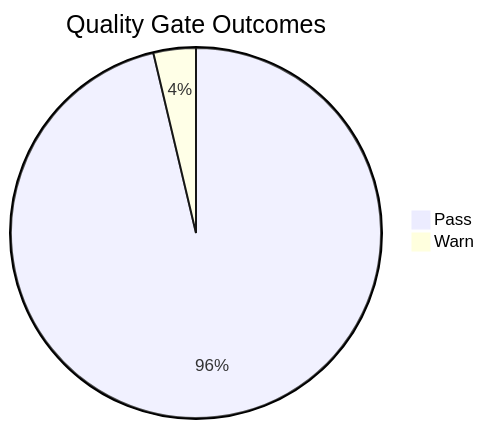
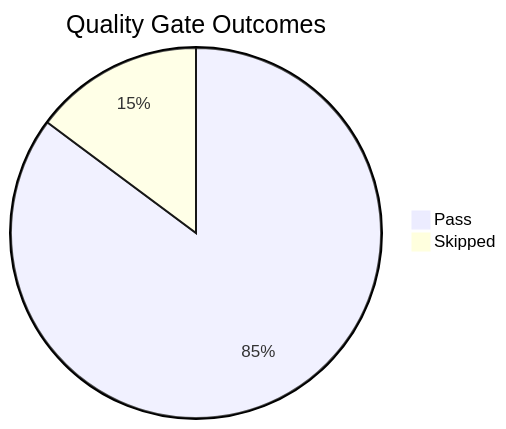
One commit to yeongseon/azure-app-service-practical-guide changed the diagram in docs/meta/golden-status.md. Above: the diagram before and after it, drawn with Mermaid. The commit also changed other lines of this file and 5 other files, not shown here.

````diff
--- a/docs/meta/golden-status.md
+++ b/docs/meta/golden-status.md
@@ -42,5 +42,5 @@
 ```mermaid
 pie title Quality Gate Outcomes
-    "Pass" : 26
-    "Warn" : 1
+    "Pass" : 23
+    "Skipped" : 4
 ```
````
